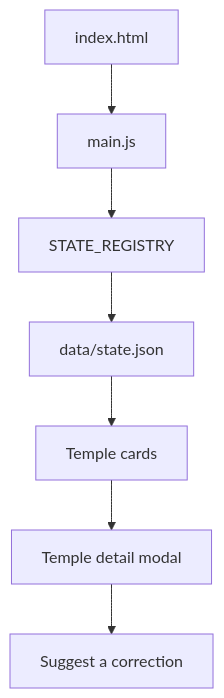
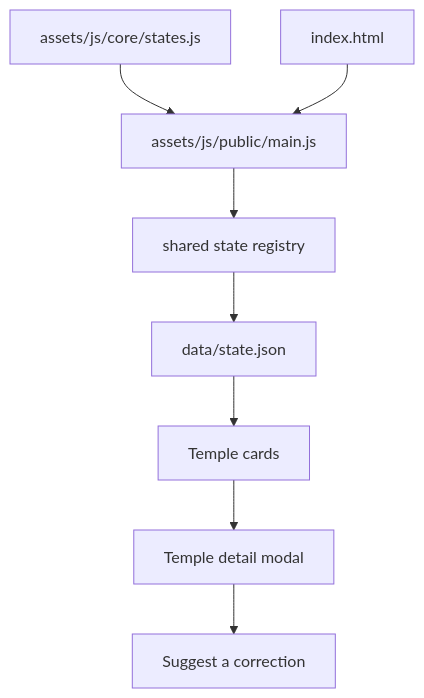
Before and after one commit to leo22092/templedirectory: the second of 7 diagrams in ARCHITECTURE.md, drawn with Mermaid. The commit also changed other lines of this file and 77 other files, not shown here.

````diff
--- a/ARCHITECTURE.md
+++ b/ARCHITECTURE.md
@@ -180,9 +185,10 @@
 ```mermaid
 flowchart TD
-  index[index.html] --> main[main.js]
-  main --> StateRegistry[STATE_REGISTRY]
+  stateConfig[assets/js/core/states.js] --> main[assets/js/public/main.js]
+  index[index.html] --> main
+  main --> StateRegistry[shared state registry]
   StateRegistry --> JSON[data/state.json]
   JSON --> Cards[Temple cards]
   Cards --> DetailModal[Temple detail modal]
   DetailModal --> CorrectionButton[Suggest a correction]
 ```
````
